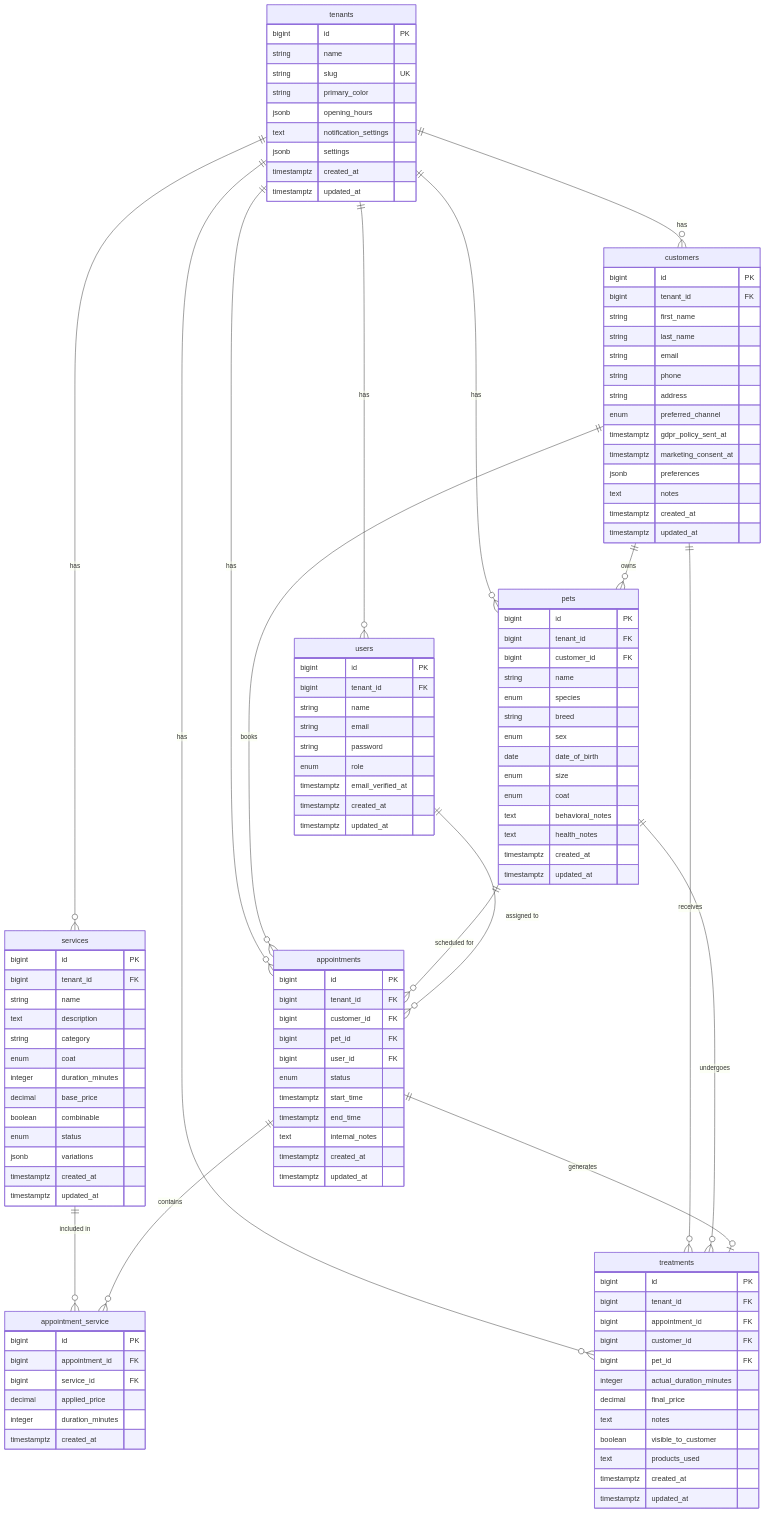
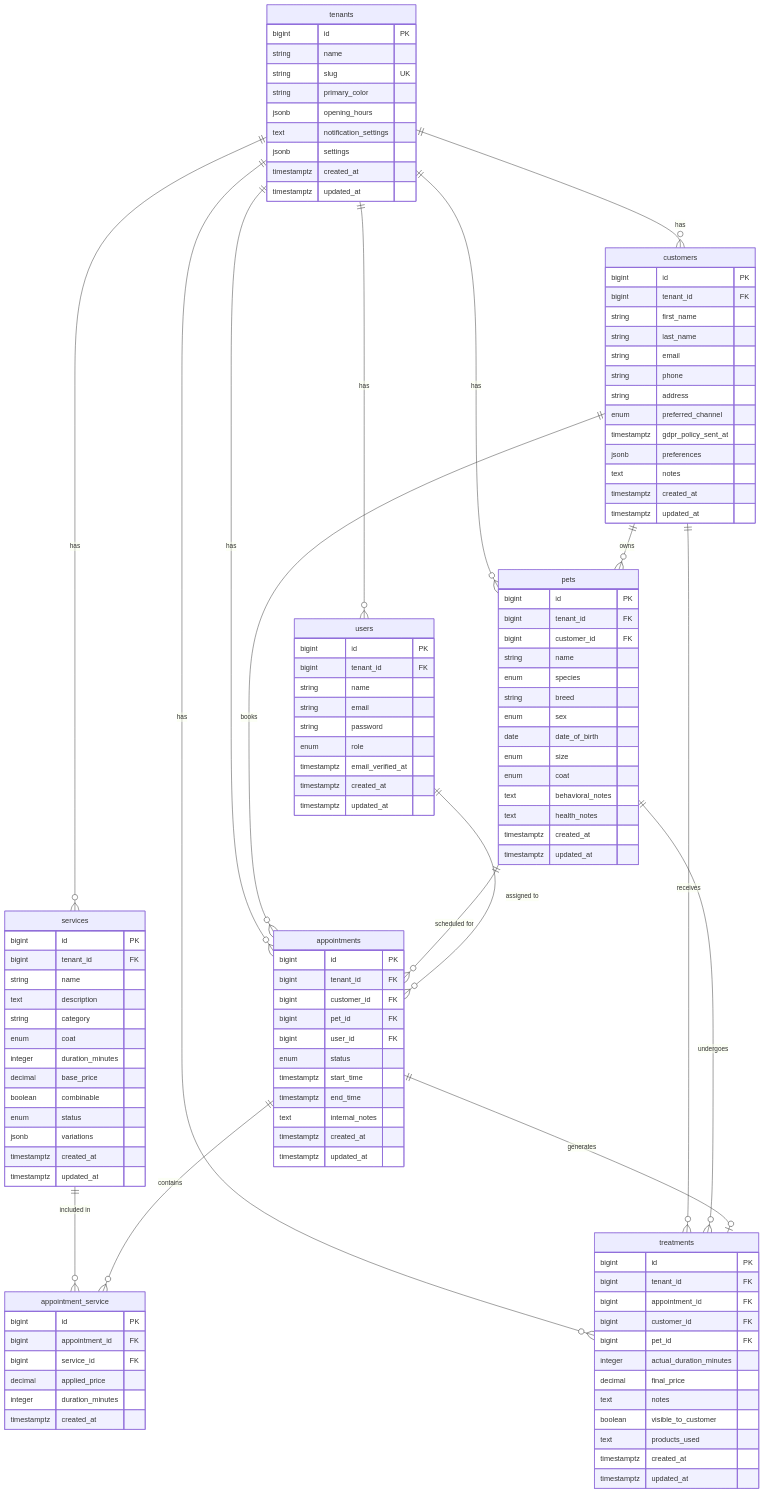
The diagram in .agents/specifications/data_model.md (speniti/pawdesk), drawn with Mermaid before and after one commit. The commit also changed other lines of this file and 10 other files, not shown here.

First line of the commit message:
refactor: remove unreachable marketing consent feature

```diff
--- a/.agents/specifications/data_model.md
+++ b/.agents/specifications/data_model.md
@@ -80,7 +80,6 @@
         string address
         enum preferred_channel
         timestamptz gdpr_policy_sent_at
-        timestamptz marketing_consent_at
         jsonb preferences
         text notes
         timestamptz created_at
```
